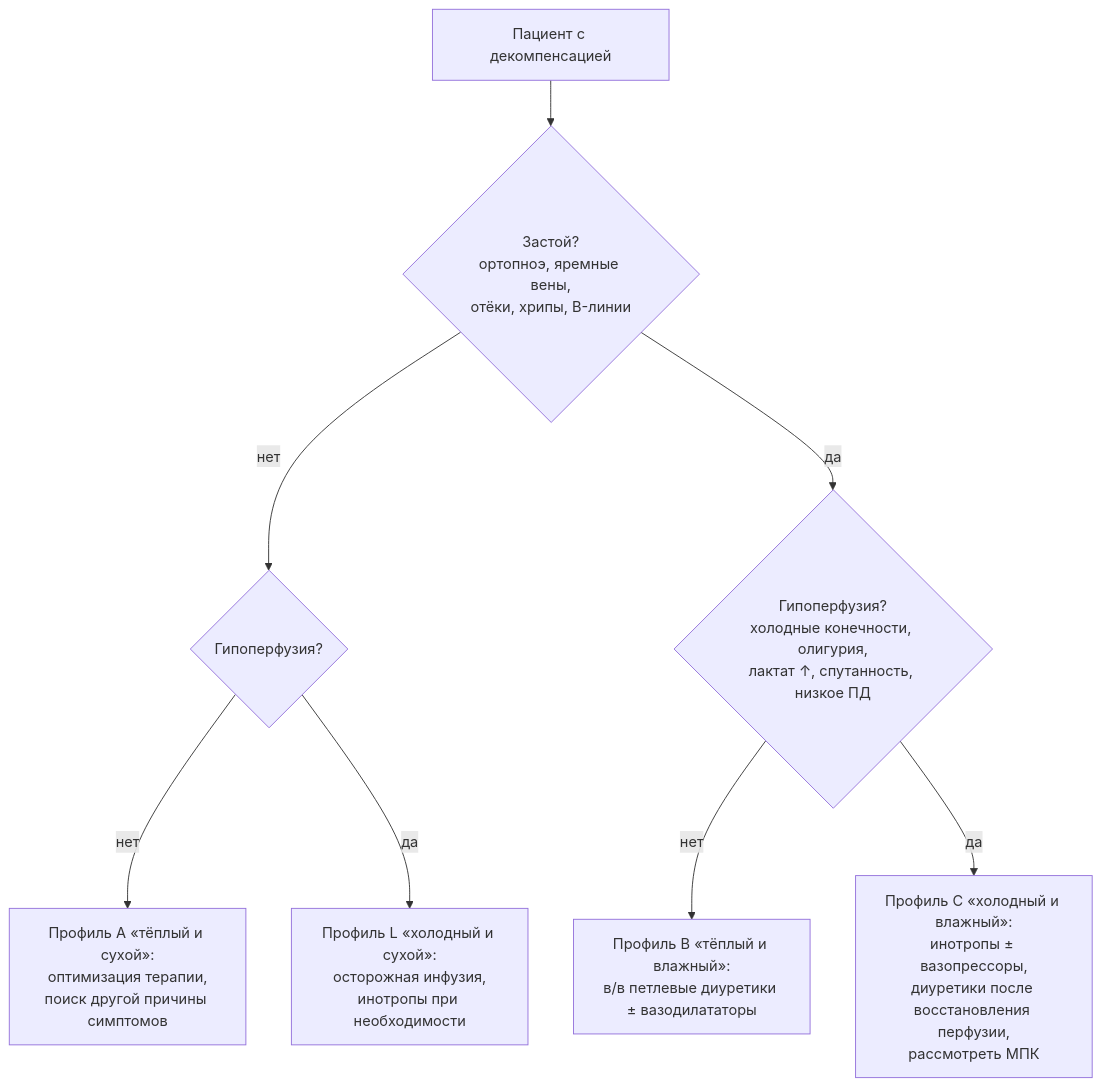
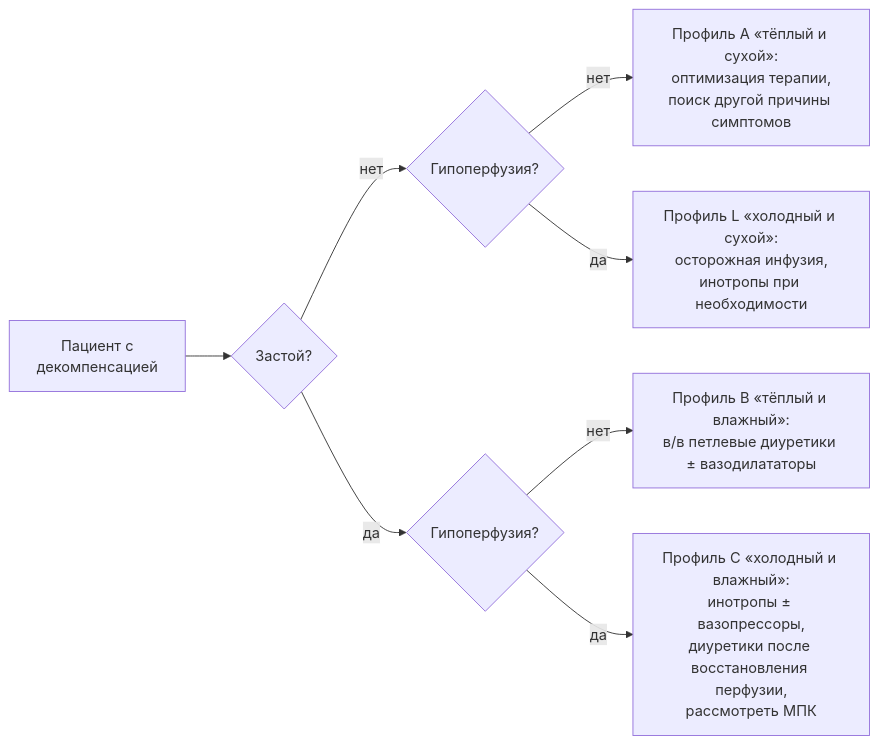
One commit to metalinjector/- changed the first of 2 diagrams in лекция/22-dekompensaciya.md. Above: the diagram before and after it, drawn with Mermaid. The commit also changed other lines of this file and 26 other files, not shown here.

Commit message:
Разделы 24–32, глоссарий, источники; правки схем и перекрёстных ссылок

````diff
--- a/лекция/22-dekompensaciya.md
+++ b/лекция/22-dekompensaciya.md
@@ -17,10 +17,10 @@
 ```mermaid
-flowchart TD
-    A["Пациент с декомпенсацией"] --> B{"Застой?<br/>ортопноэ, яремные вены,<br/>отёки, хрипы, B-линии"}
+flowchart LR
+    A["Пациент с<br/>декомпенсацией"] --> B{"Застой?"}
     B -->|"нет"| C{"Гипоперфузия?"}
-    B -->|"да"| D{"Гипоперфузия?<br/>холодные конечности, олигурия,<br/>лактат ↑, спутанность, низкое ПД"}
+    B -->|"да"| D{"Гипоперфузия?"}
     C -->|"нет"| P1["Профиль A «тёплый и сухой»:<br/>оптимизация терапии,<br/>поиск другой причины симптомов"]
     C -->|"да"| P4["Профиль L «холодный и сухой»:<br/>осторожная инфузия,<br/>инотропы при необходимости"]
     D -->|"нет"| P2["Профиль B «тёплый и влажный»:<br/>в/в петлевые диуретики ± вазодилататоры"]
     D -->|"да"| P3["Профиль C «холодный и влажный»:<br/>инотропы ± вазопрессоры,<br/>диуретики после восстановления перфузии,<br/>рассмотреть МПК"]
 ```
````
